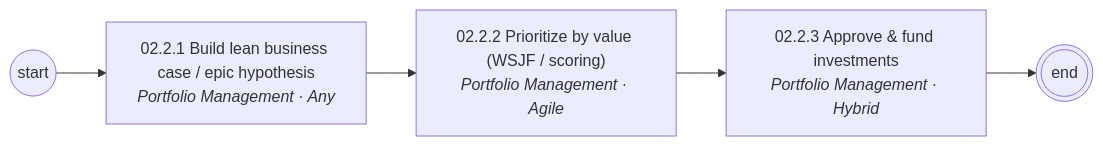
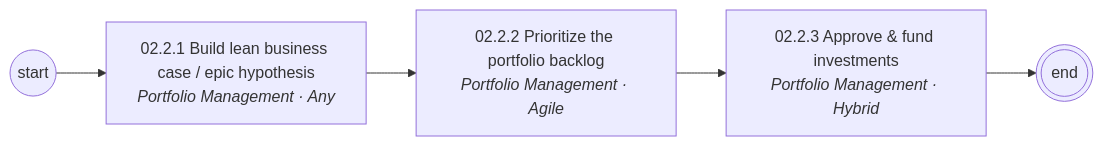
The third of 6 diagrams in diagrams/mermaid/area-02.md (corbyjames/apptio-process-catalog), drawn with Mermaid before and after one commit. The commit also changed 94 other files, not shown here.

````diff
--- a/diagrams/mermaid/area-02.md
+++ b/diagrams/mermaid/area-02.md
@@ -39,11 +39,11 @@
 ```mermaid
 flowchart LR
   S((start))
   N02_2_1["02.2.1 Build lean business case / epic hypothesis<br/><i>Portfolio Management · Any</i>"]
   S --> N02_2_1
-  N02_2_2["02.2.2 Prioritize by value (WSJF / scoring)<br/><i>Portfolio Management · Agile</i>"]
+  N02_2_2["02.2.2 Prioritize the portfolio backlog<br/><i>Portfolio Management · Agile</i>"]
   N02_2_1 --> N02_2_2
   N02_2_3["02.2.3 Approve & fund investments<br/><i>Portfolio Management · Hybrid</i>"]
   N02_2_2 --> N02_2_3
   N02_2_3 --> E(((end)))
 ```
````
